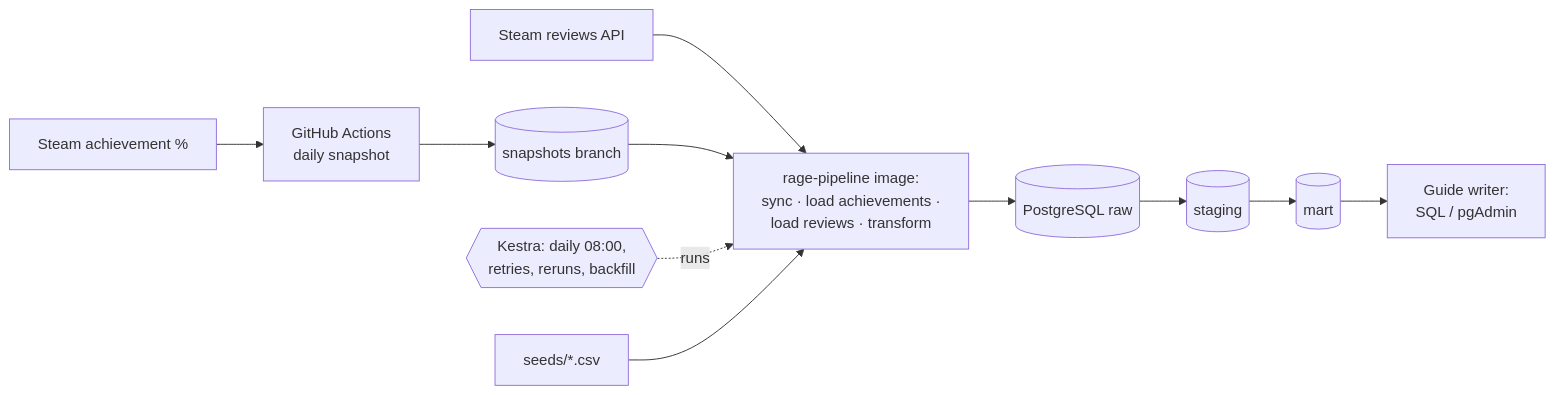
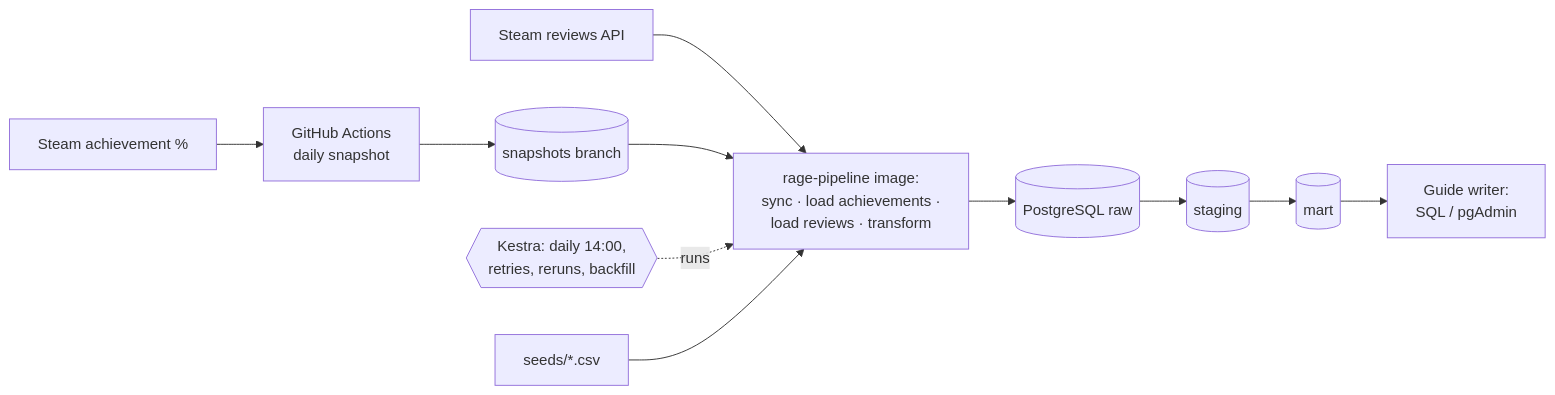
One commit to nee-source/elden-ring-rage-index changed the diagram in README.md. Above: the diagram before and after it, drawn with Mermaid. The commit also changed other lines of this file and 2 other files, not shown here.

Commit message:
run kestra at 14:00 and make verify queries work in powershell

````diff
--- a/README.md
+++ b/README.md
@@ -35,11 +35,11 @@
 ```mermaid
 flowchart LR
     A[Steam achievement %] --> GA[GitHub Actions<br/>daily snapshot]
     GA --> SB[(snapshots branch)]
     R[Steam reviews API] --> P
     SB --> P[rage-pipeline image:<br/>sync · load achievements ·<br/>load reviews · transform]
-    K{{Kestra: daily 08:00,<br/>retries, reruns, backfill}} -.runs.-> P
+    K{{Kestra: daily 14:00,<br/>retries, reruns, backfill}} -.runs.-> P
     P --> RAW[(PostgreSQL raw)] --> STG[(staging)] --> MART[(mart)]
     SEED[seeds/*.csv] --> P
     MART --> U[Guide writer:<br/>SQL / pgAdmin]
 ```
````
